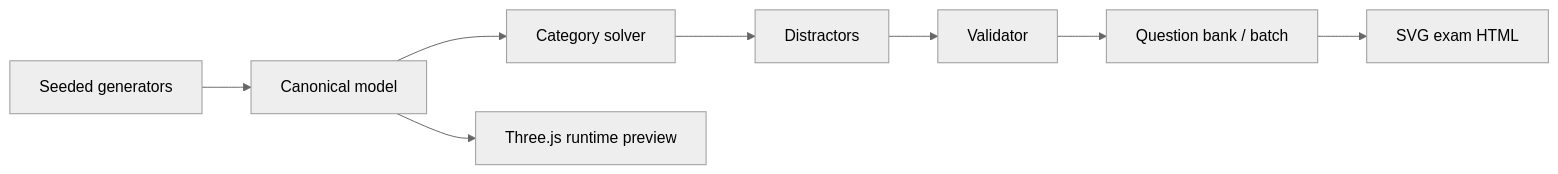
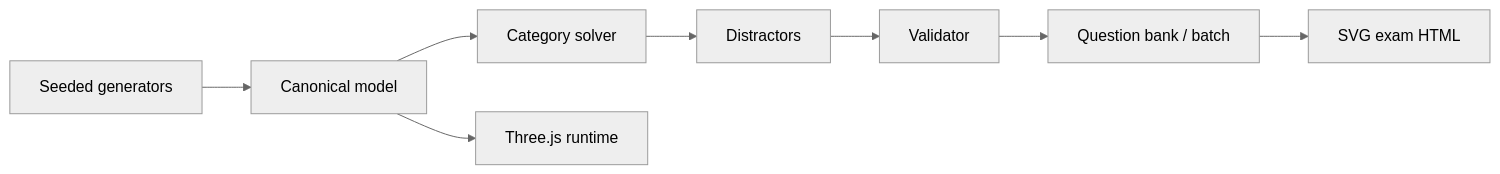
One commit to elementwork/manipat changed the diagram in README.md. Above: the diagram before and after it, drawn with Mermaid (neutral theme). The commit also changed other lines of this file and 33 other files, not shown here.

First line of the commit message:
add interactive Three.js PAT runtime viewer (#8)

````diff
--- a/README.md
+++ b/README.md
@@ -197,10 +225,10 @@
 ```mermaid
 flowchart LR
     A[Seeded generators] --> B[Canonical model]
     B --> C[Category solver]
     C --> D[Distractors]
     D --> E[Validator]
     E --> F[Question bank / batch]
     F --> G[SVG exam HTML]
-    B --> H[Three.js runtime preview]
+    B --> H[Three.js runtime]
 ```
````
